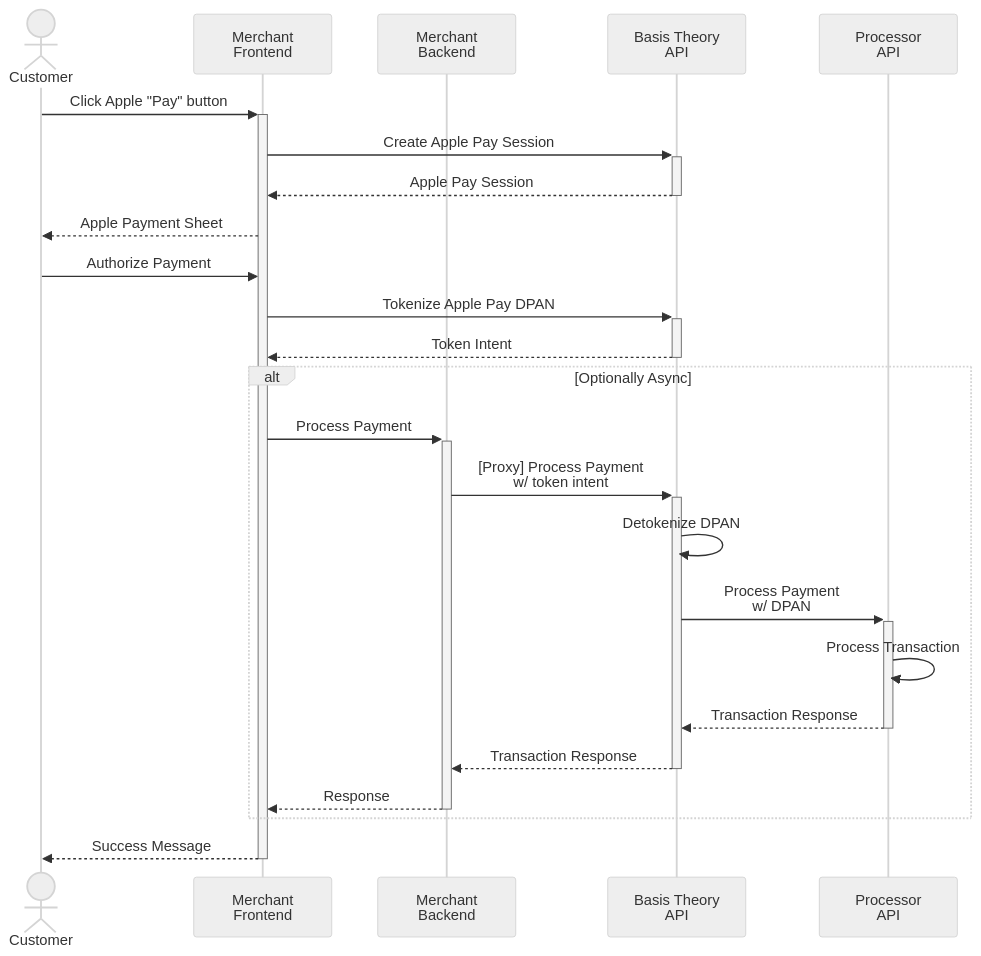
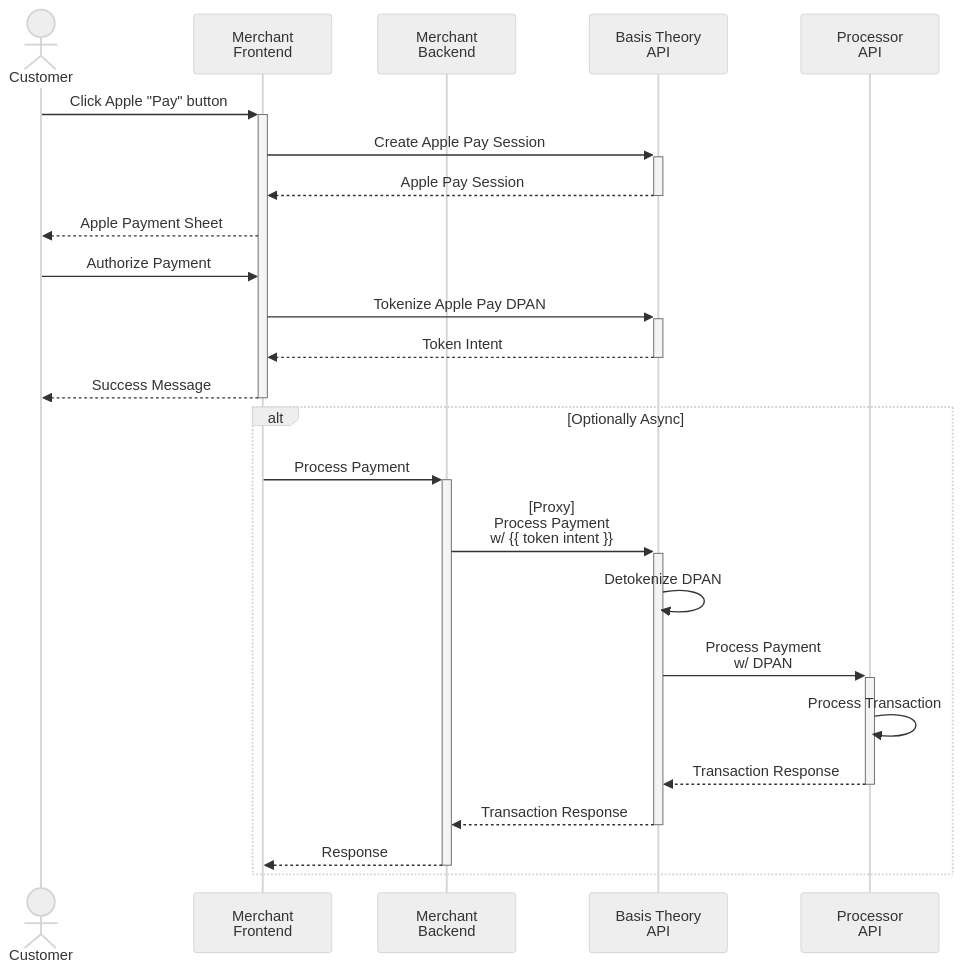
One commit to Basis-Theory/developers.basistheory.com changed the diagram in docs/guides/apple-pay/accept-payments.mdx. Above: the diagram before and after it, drawn with Mermaid (neutral theme).

````diff
--- a/docs/guides/apple-pay/accept-payments.mdx
+++ b/docs/guides/apple-pay/accept-payments.mdx
@@ -26,31 +26,31 @@
 ```mermaid
 sequenceDiagram
 
 	actor cus as Customer
 	participant mfe as Merchant<br>Frontend
 	participant msb as Merchant<br>Backend
 	participant bta as Basis Theory<br>API
 	participant psp as Processor<br>API
 
 	cus ->>+ mfe: Click Apple "Pay" button
 	mfe ->>+ bta: Create Apple Pay Session
 	bta -->>- mfe: Apple Pay Session
 	mfe -->> cus: Apple Payment Sheet
 	cus ->> mfe: Authorize Payment
 	mfe ->>+ bta: Tokenize Apple Pay DPAN
 
 	bta -->>- mfe: Token Intent
+	mfe -->>- cus: Success Message
 	alt Optionally Async
 		mfe ->>+ msb: Process Payment
-		msb ->>+ bta: [Proxy] Process Payment<br>w/ token intent
+		msb ->>+ bta: [Proxy]<br>Process Payment<br>w/ {{ token intent }}
 		bta ->> bta: Detokenize DPAN
 		bta ->>+ psp: Process Payment<br>w/ DPAN
 		psp ->> psp: Process Transaction
 		psp -->>- bta: Transaction Response
 		bta -->>- msb: Transaction Response
 		msb -->>- mfe: Response
 	end
-	mfe -->>- cus: Success Message
 
 
 ```
````
